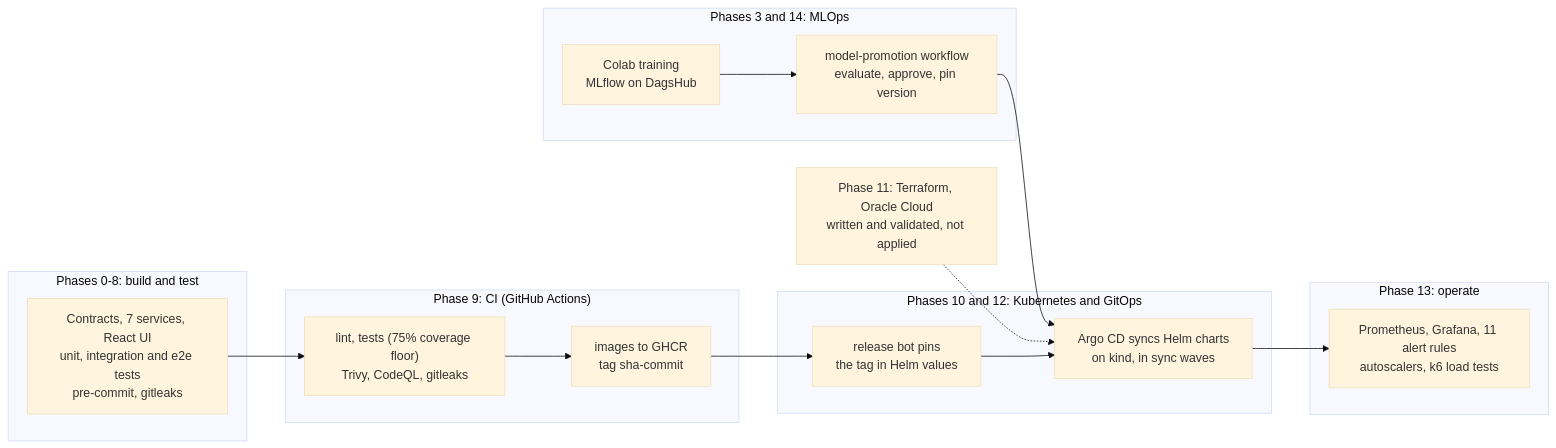
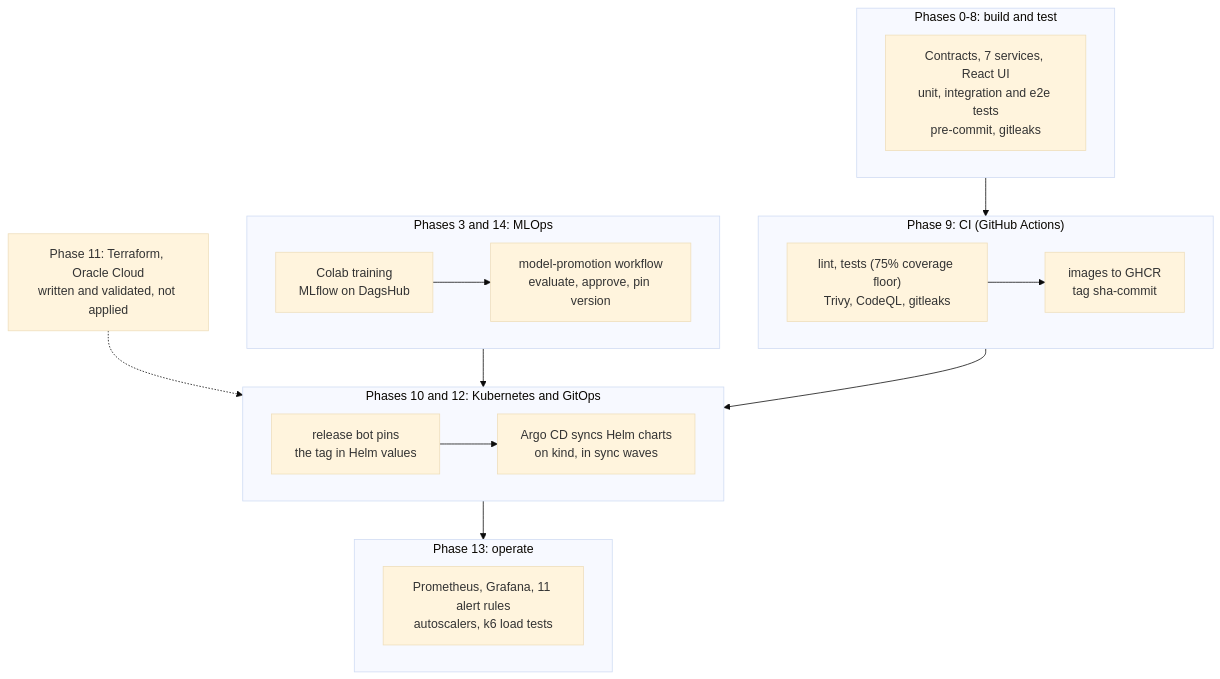
The second of 2 diagrams in README.md (vijayasarvajith16/FraudGuard), drawn with Mermaid (base theme) before and after one commit. The commit also changed other lines of this file, not shown here.

Commit message:
docs(readme): lay out both diagrams top to bottom so they fit GitHub's frame
Left to right, both flowcharts were about twice the width of GitHub's
diagram frame: the MLflow registry node and the Phase 13 group sat behind
the zoom controls. Top to bottom they render about 1,020 px wide.

````diff
--- a/README.md
+++ b/README.md
@@ -85,24 +85,29 @@
 ```mermaid
-flowchart LR
+flowchart TB
     subgraph dev["Phases 0-8: build and test"]
+        direction LR
         code["Contracts, 7 services, React UI<br/>unit, integration and e2e tests<br/>pre-commit, gitleaks"]
     end
     subgraph ci["Phase 9: CI (GitHub Actions)"]
+        direction LR
         checks["lint, tests (75% coverage floor)<br/>Trivy, CodeQL, gitleaks"] --> images["images to GHCR<br/>tag sha-commit"]
     end
     subgraph gitops["Phases 10 and 12: Kubernetes and GitOps"]
+        direction LR
         bot["release bot pins<br/>the tag in Helm values"] --> argo["Argo CD syncs Helm charts<br/>on kind, in sync waves"]
     end
     subgraph ops["Phase 13: operate"]
+        direction LR
         mon["Prometheus, Grafana, 11 alert rules<br/>autoscalers, k6 load tests"]
     end
     subgraph mlops["Phases 3 and 14: MLOps"]
+        direction LR
         train["Colab training<br/>MLflow on DagsHub"] --> promo["model-promotion workflow<br/>evaluate, approve, pin version"]
     end
     tf["Phase 11: Terraform, Oracle Cloud<br/>written and validated, not applied"]
     code --> checks
     images --> bot
     argo --> mon
     promo --> argo
     tf -.-> argo
 ```
````
